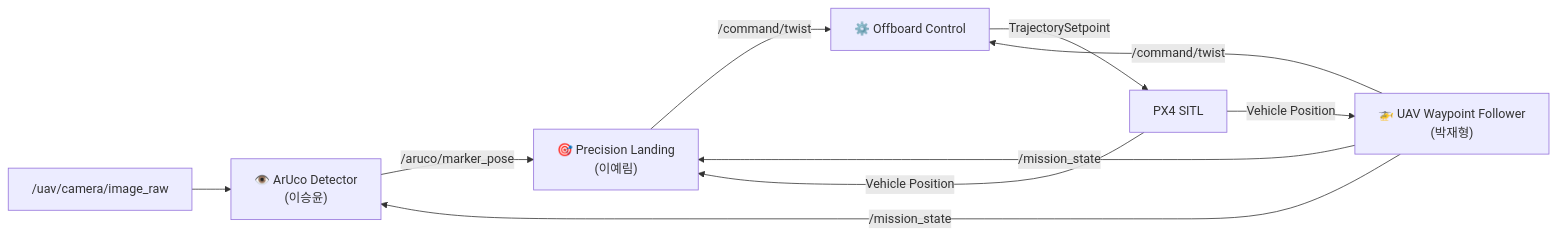
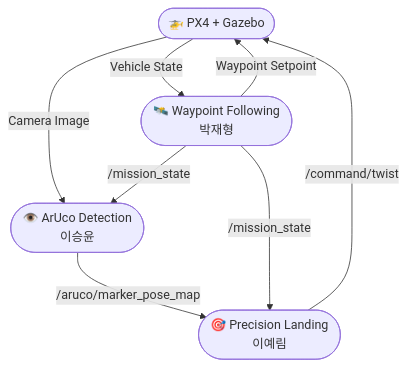
The diagram in docs/uav_subsystem.md (subin11111/asp_ws), drawn with Mermaid before and after one commit. The commit also changed other lines of this file, not shown here.

````diff
--- a/docs/uav_subsystem.md
+++ b/docs/uav_subsystem.md
@@ -11,27 +13,20 @@
 ```mermaid
-graph LR
+graph TD
 
-    Camera["/uav/camera/image_raw"]
-    PX4["PX4 SITL"]
+    PX4([🚁 PX4 + Gazebo])
 
-    Aruco["👁️ ArUco Detector\n(이승윤)"]
-    Waypoint["🚁 UAV Waypoint Follower\n(박재형)"]
-    Landing["🎯 Precision Landing\n(이예림)"]
+    WP([🛰️ Waypoint Following<br/>박재형])
+    DET([👁️ ArUco Detection<br/>이승윤])
+    LAND([🎯 Precision Landing<br/>이예림])
 
-    Offboard["⚙️ Offboard Control"]
+    PX4 -->|Camera Image| DET
+    PX4 -->|Vehicle State| WP
 
-    Camera --> Aruco
+    DET -->|/aruco/marker_pose_map| LAND
 
-    PX4 -->|Vehicle Position| Waypoint
-    PX4 -->|Vehicle Position| Landing
+    WP -->|/mission_state| DET
+    WP -->|/mission_state| LAND
 
-    Waypoint -->|/mission_state| Aruco
-    Waypoint -->|/mission_state| Landing
-
-    Aruco -->|/aruco/marker_pose| Landing
-
-    Waypoint -->|/command/twist| Offboard
-    Landing -->|/command/twist| Offboard
-
-    Offboard -->|TrajectorySetpoint| PX4
+    LAND -->|/command/twist| PX4
+    WP -->|Waypoint Setpoint| PX4
 ```
````
